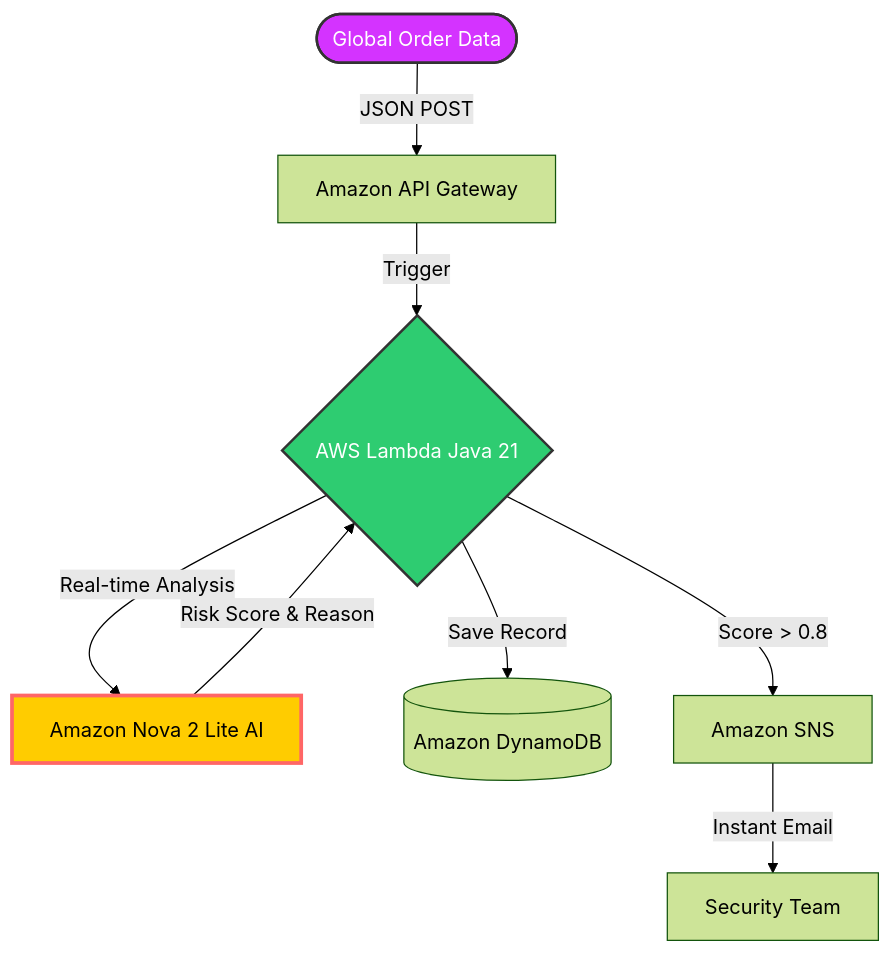
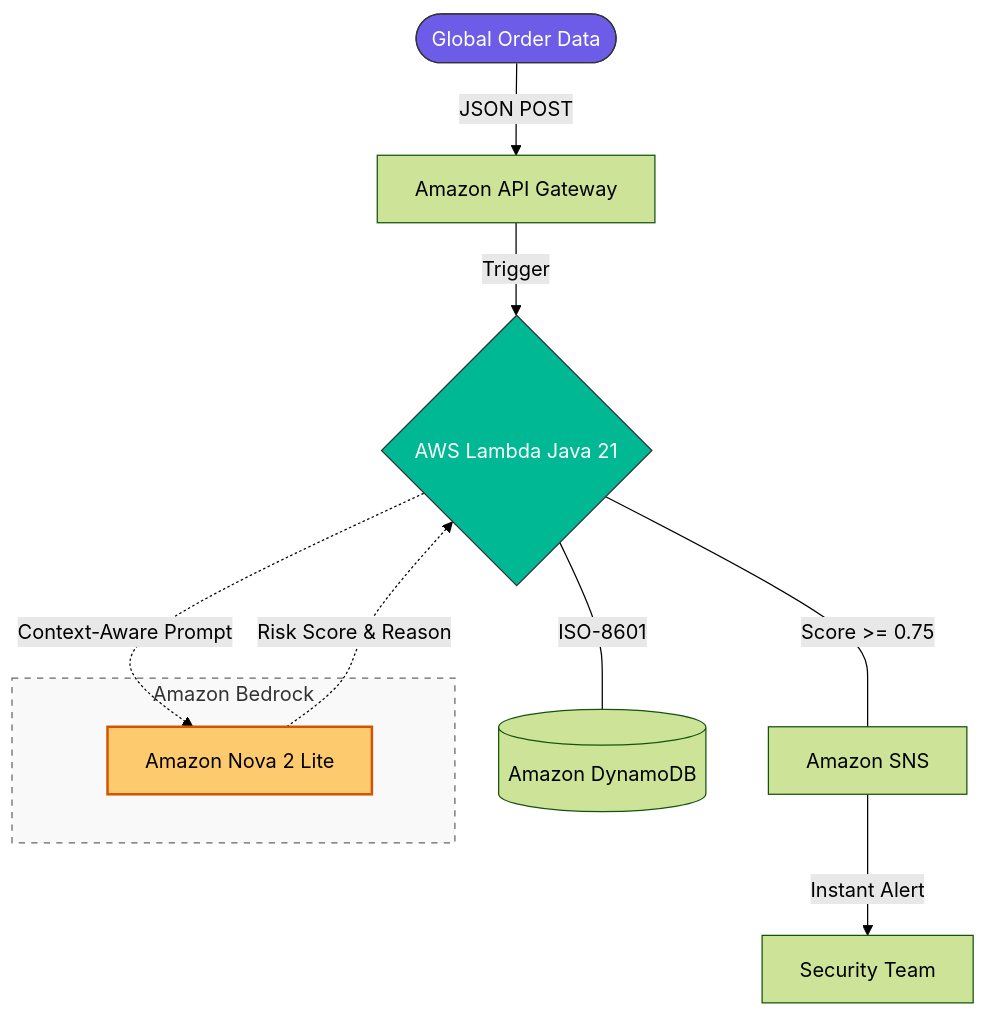
One commit to Iris34382940/SentinelStream-Fraud-Prevention changed the diagram in README.md. Above: the diagram before and after it, drawn with Mermaid (forest theme). The commit also changed other lines of this file, not shown here.

````diff
--- a/README.md
+++ b/README.md
@@ -28,13 +31,21 @@
 ```mermaid
 graph TD
-User([Global Order Data]) -->|JSON POST| API[Amazon API Gateway]
-API -->|Trigger| Lambda{AWS Lambda Java 21}
-Lambda -->|Real-time Analysis| Nova[Amazon Nova 2 Lite AI]
-Nova -->|Risk Score & Reason| Lambda
-Lambda -->|Save Record| DB[(Amazon DynamoDB)]
-Lambda -->|Score > 0.8| SNS[Amazon SNS]
-SNS -->|Instant Email| Admin[Security Team]
-    style User fill:#d433ff,stroke:#333,stroke-width:2px,color:#fff
-    style Nova fill:#ffcc00,stroke:#f66,stroke-width:3px,color:#000
-    style Lambda fill:#2ecc71,stroke:#333,stroke-width:2px,color:#fff
+   User([Global Order Data]) -->|JSON POST| API[Amazon API Gateway]
+   API -->|Trigger| Lambda{AWS Lambda Java 21}
+
+   subgraph AI_Inference [Amazon Bedrock]
+      Nova[Amazon Nova 2 Lite]
+   end
+
+   Lambda -.->|Context-Aware Prompt| Nova
+   Nova -.->|Risk Score & Reason| Lambda
+
+   Lambda ---|ISO-8601| DB[(Amazon DynamoDB)]
+   Lambda ---|Score >= 0.75| SNS[Amazon SNS]
+   SNS -->|Instant Alert| Admin[Security Team]
+
+   style User fill:#6c5ce7,stroke:#333,stroke-width:1px,color:#fff
+   style Nova fill:#fdcb6e,stroke:#d35400,stroke-width:2px,color:#000
+   style Lambda fill:#00b894,stroke:#333,stroke-width:1px,color:#fff
+   style AI_Inference fill:#f9f9f9,stroke:#666,stroke-dasharray: 5 5
 ```
````
